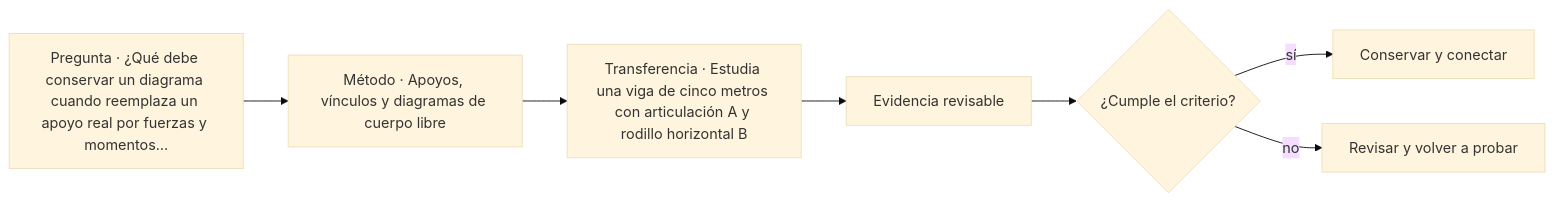
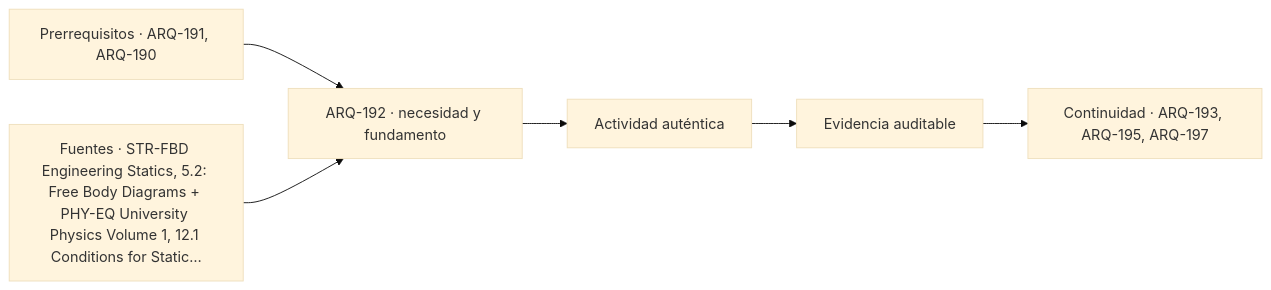
One commit to vladimiracunadev-create/architecture-built-environment-learning-program changed the diagram in classes/parte-20/ARQ-192.md. Above: the diagram before and after it, drawn with Mermaid (base theme). The commit also changed other lines of this file and 761 other files, not shown here.

````diff
--- a/classes/parte-20/ARQ-192.md
+++ b/classes/parte-20/ARQ-192.md
@@ -109,9 +121,8 @@
 ```mermaid
 flowchart LR
-    Q["Pregunta · ¿Qué debe conservar un diagrama cuando reemplaza un apoyo real por fuerzas y momentos…"] --> M["Método · Apoyos, vínculos y diagramas de cuerpo libre"]
-    M --> P["Transferencia · Estudia una viga de cinco metros con articulación A y rodillo horizontal B"]
-    P --> E["Evidencia revisable"]
-    E --> C{"¿Cumple el criterio?"}
-    C -->|sí| T["Conservar y conectar"]
-    C -->|no| R["Revisar y volver a probar"]
+    A["Prerrequisitos · ARQ-191, ARQ-190"] --> B["ARQ-192 · necesidad y fundamento"]
+    S["Fuentes · STR-FBD Engineering Statics, 5.2: Free Body Diagrams + PHY-EQ University Physics Volume 1, 12.1 Conditions for Static…"] --> B
+    B --> C["Actividad auténtica"]
+    C --> D["Evidencia auditable"]
+    D --> E["Continuidad · ARQ-193, ARQ-195, ARQ-197"]
 ```
````
